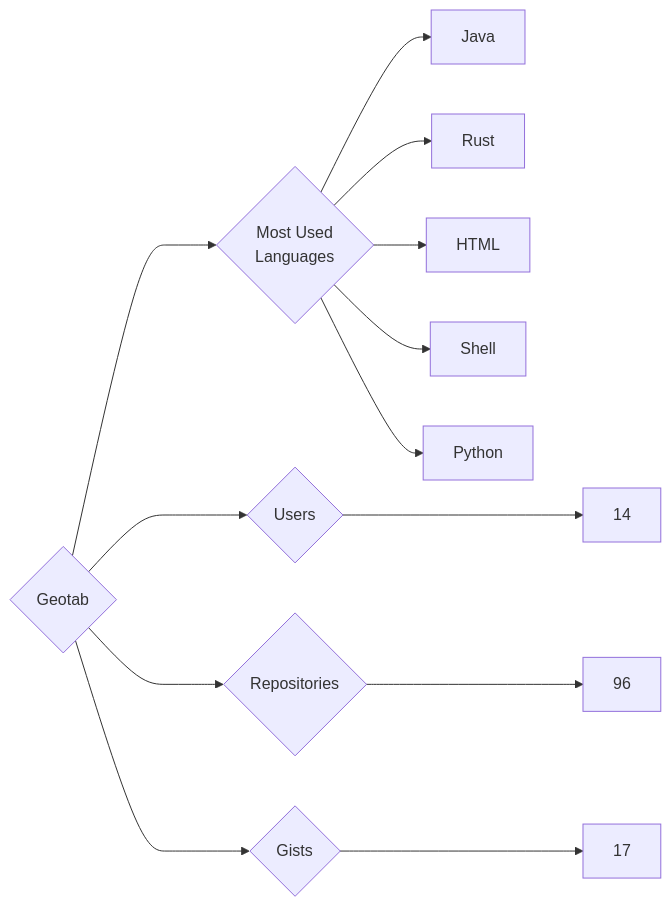
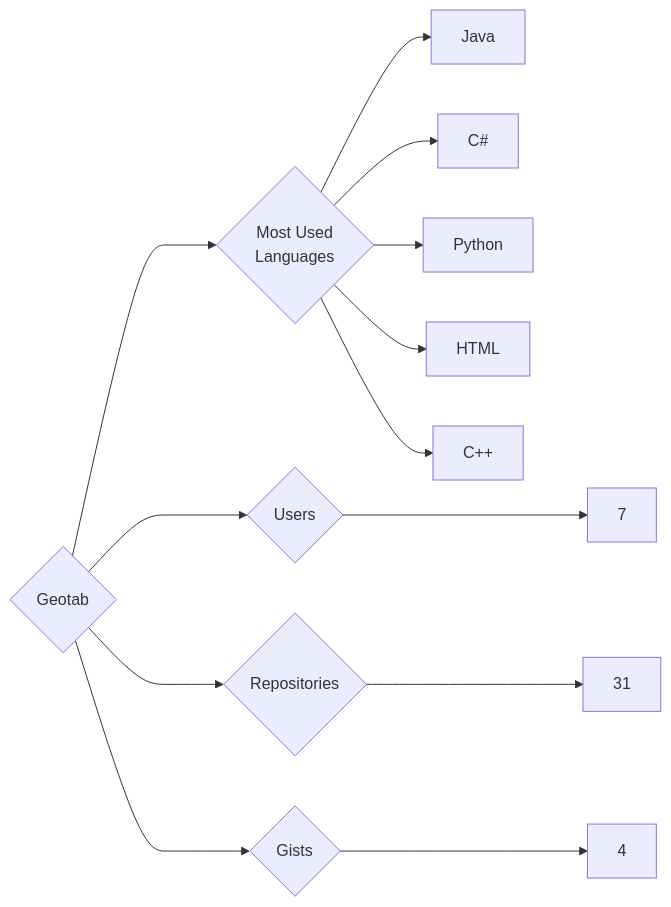
The diagram in targets/Geotab/README.md (trickest/insiders), drawn with Mermaid before and after one commit. The commit also changed 1167 other files, not shown here.

````diff
--- a/targets/Geotab/README.md
+++ b/targets/Geotab/README.md
@@ -3,13 +3,13 @@
 ```mermaid
 graph LR
 COMPANY_NAME{Geotab}
-COMPANY_NAME ---> U{Users} ---> UN[14]
-COMPANY_NAME ---> R{Repositories} ---> RN[96]
-COMPANY_NAME ---> G{Gists} ---> GN[17]
+COMPANY_NAME ---> U{Users} ---> UN[7]
+COMPANY_NAME ---> R{Repositories} ---> RN[31]
+COMPANY_NAME ---> G{Gists} ---> GN[4]
 COMPANY_NAME ---> ML{Most Used<br>Languages}
 ML --> Java[Java]
-ML --> Rust[Rust]
+ML --> C#[C#]
+ML --> Python[Python]
 ML --> HTML[HTML]
-ML --> Shell[Shell]
-ML --> Python[Python]
+ML --> C++[C++]
 ```
````
